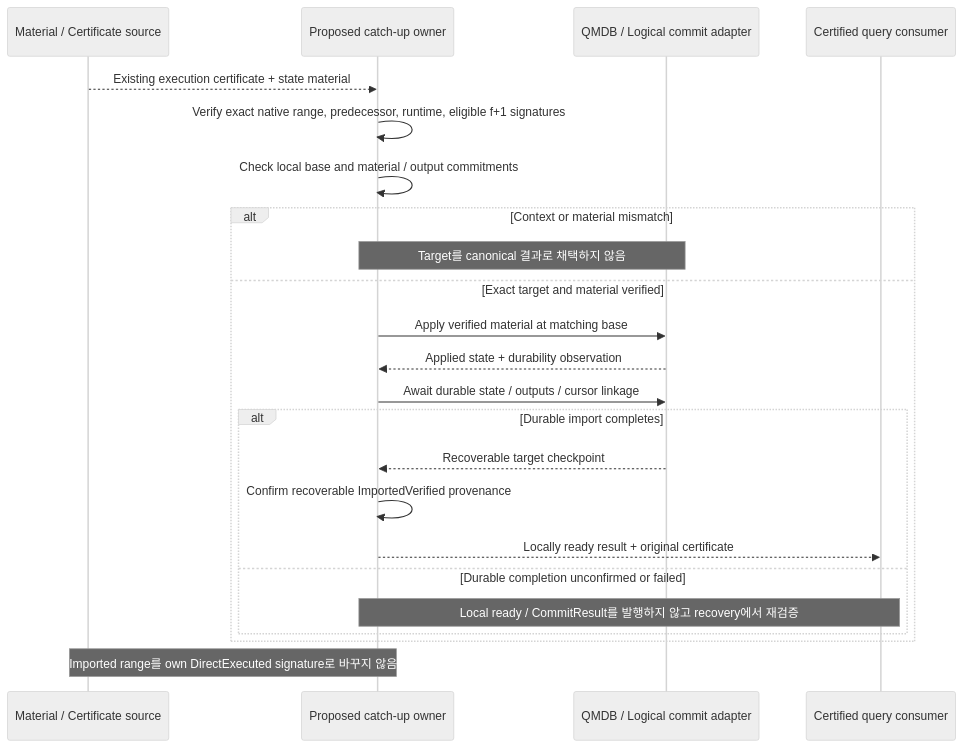
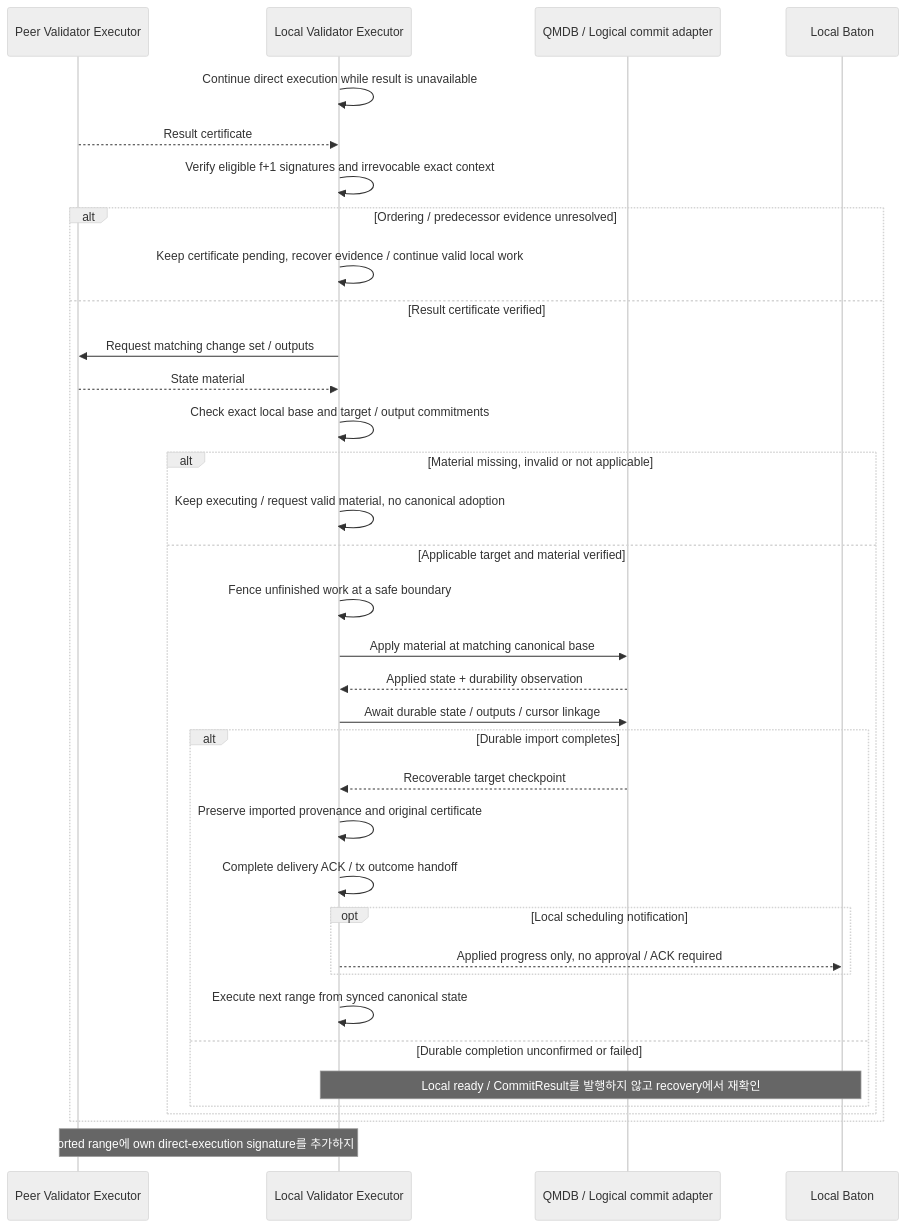
One commit to djm07073/baton-research changed diagram 14 of 18 in IMPLEMENTATION_SPEC.md. Above: the diagram before and after it, drawn with Mermaid (neutral theme). The commit also changed other lines of this file and 30 other files, not shown here.

Commit message:
docs: assign finalization and validator state sync to Executor

````diff
--- a/IMPLEMENTATION_SPEC.md
+++ b/IMPLEMENTATION_SPEC.md
@@ -669,25 +680,37 @@
 ```mermaid
 sequenceDiagram
-    participant P as Material / Certificate source
-    participant C as Proposed catch-up owner
+    participant P as Peer Validator Executor
+    participant E as Local Validator Executor
     participant Q as QMDB / Logical commit adapter
-    participant V as Certified query consumer
-    P-->>C: Existing execution certificate + state material
-    C->>C: Verify exact native range, predecessor, runtime, eligible f+1 signatures
-    C->>C: Check local base and material / output commitments
-    alt Context or material mismatch
-        Note over C,Q: Target를 canonical 결과로 채택하지 않음
-    else Exact target and material verified
-        C->>Q: Apply verified material at matching base
-        Q-->>C: Applied state + durability observation
-        C->>Q: Await durable state / outputs / cursor linkage
-        alt Durable import completes
-            Q-->>C: Recoverable target checkpoint
-            C->>C: Confirm recoverable ImportedVerified provenance
-            C-->>V: Locally ready result + original certificate
-        else Durable completion unconfirmed or failed
-            Note over C,V: Local ready / CommitResult를 발행하지 않고 recovery에서 재검증
+    participant B as Local Baton
+    E->>E: Continue direct execution while result is unavailable
+    P-->>E: Result certificate
+    E->>E: Verify eligible f+1 signatures and irrevocable exact context
+    alt Ordering / predecessor evidence unresolved
+        E->>E: Keep certificate pending, recover evidence / continue valid local work
+    else Result certificate verified
+        E->>P: Request matching change set / outputs
+        P-->>E: State material
+        E->>E: Check exact local base and target / output commitments
+        alt Material missing, invalid or not applicable
+            E->>E: Keep executing / request valid material, no canonical adoption
+        else Applicable target and material verified
+            E->>E: Fence unfinished work at a safe boundary
+            E->>Q: Apply material at matching canonical base
+            Q-->>E: Applied state + durability observation
+            E->>Q: Await durable state / outputs / cursor linkage
+            alt Durable import completes
+                Q-->>E: Recoverable target checkpoint
+                E->>E: Preserve imported provenance and original certificate
+                E->>E: Complete delivery ACK / tx outcome handoff
+                opt Local scheduling notification
+                    E-->>B: Applied progress only, no approval / ACK required
+                end
+                E->>E: Execute next range from synced canonical state
+            else Durable completion unconfirmed or failed
+                Note over E,B: Local ready / CommitResult를 발행하지 않고 recovery에서 재확인
+            end
         end
     end
-    Note over P,C: Imported range를 own DirectExecuted signature로 바꾸지 않음
+    Note over P,E: Imported range에 own direct-execution signature를 추가하지 않음
 ```
````
